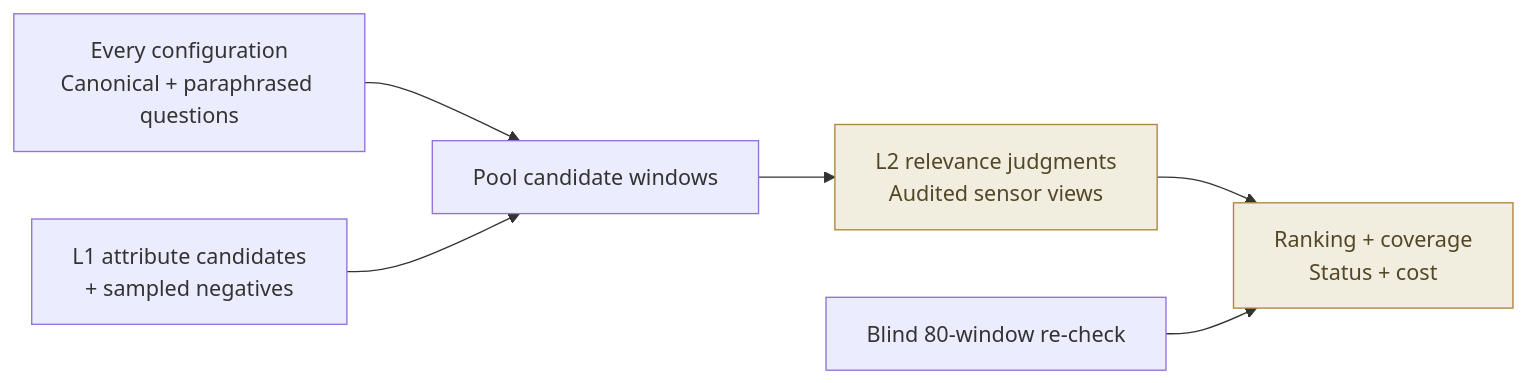
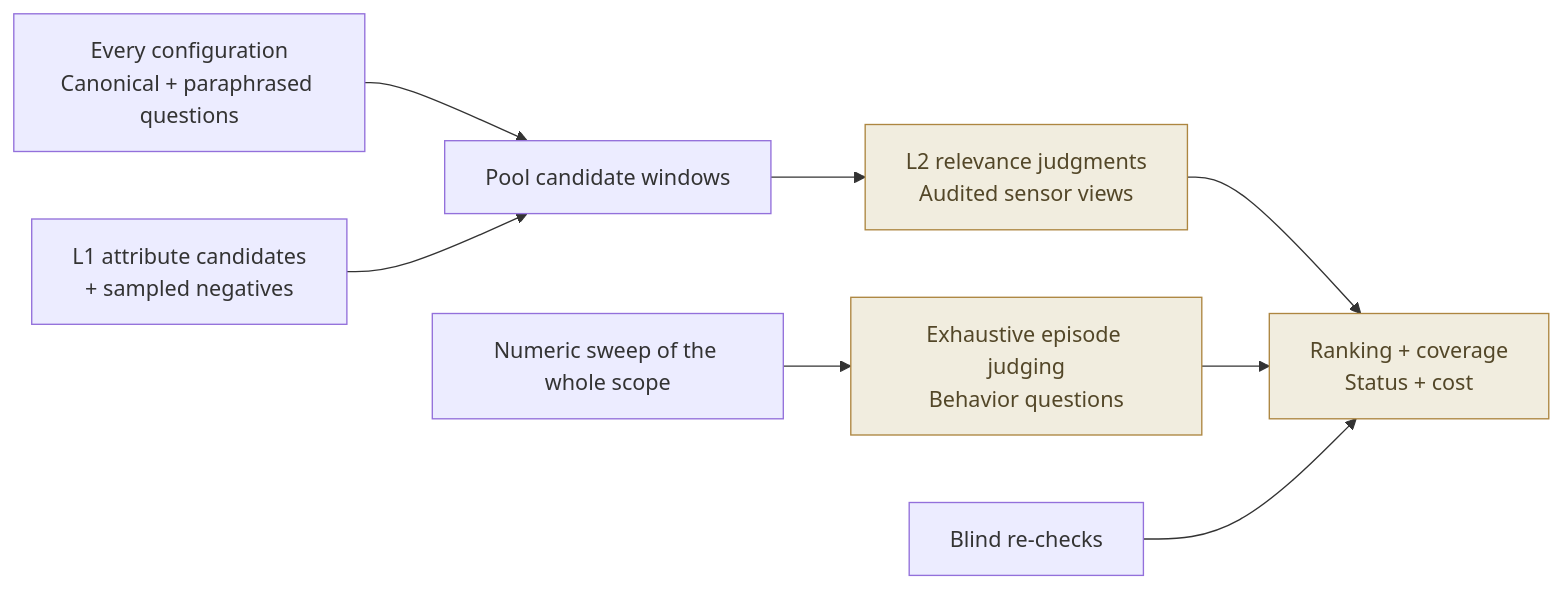
Before and after one commit to TheAdamEvans/robot-retrieve-bench: the third of 3 diagrams in scand/presentation/story.md, drawn with Mermaid. The commit also changed other lines of this file and 28 other files, not shown here.

First line of the commit message:
Presentation on eval v9: 16 recordings, held-out results, behavior questions with complete ground truth

```diff
--- a/scand/presentation/story.md
+++ b/scand/presentation/story.md
@@ -107,10 +107,12 @@
 ~~~mermaid
 flowchart LR
   C["Every configuration\nCanonical + paraphrased questions"] --> P["Pool candidate windows"]
   L["L1 attribute candidates\n+ sampled negatives"] --> P
   P --> J["L2 relevance judgments\nAudited sensor views"]
+  S["Numeric sweep of the whole scope"] --> X["Exhaustive episode judging\nBehavior questions"]
   J --> R["Ranking + coverage\nStatus + cost"]
-  B["Blind 80-window re-check"] --> R
+  X --> R
+  B["Blind re-checks"] --> R
   classDef measured fill:#f1eddf,stroke:#ad8640,color:#534728;
-  class J,R measured;
+  class J,X,R measured;
 ~~~
```
